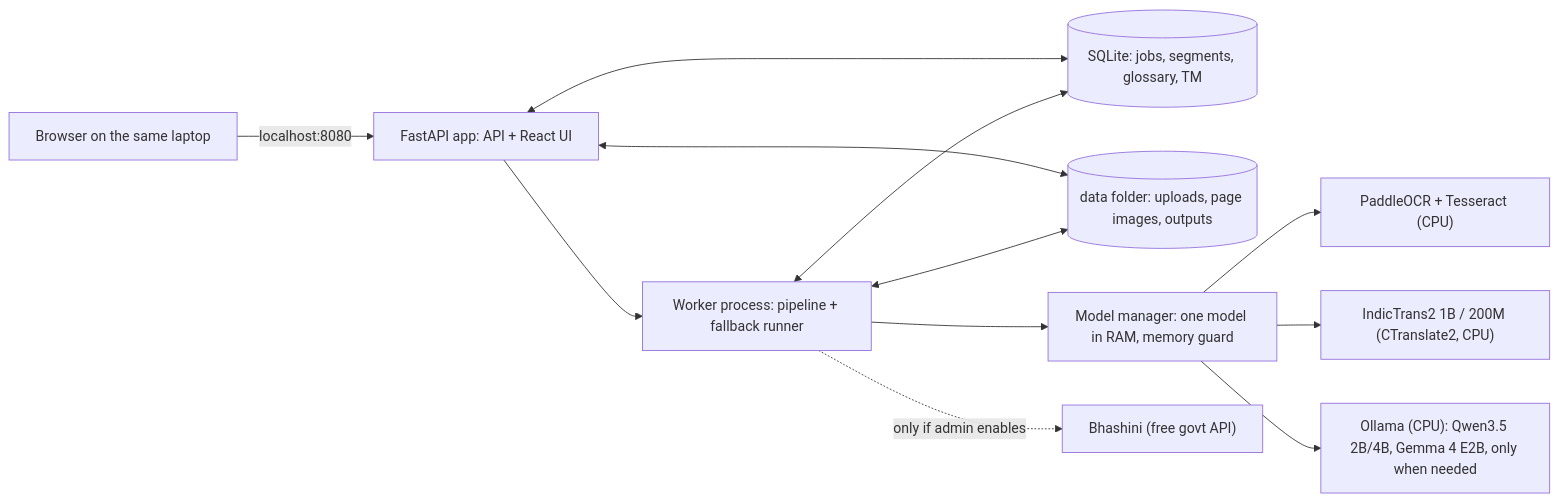
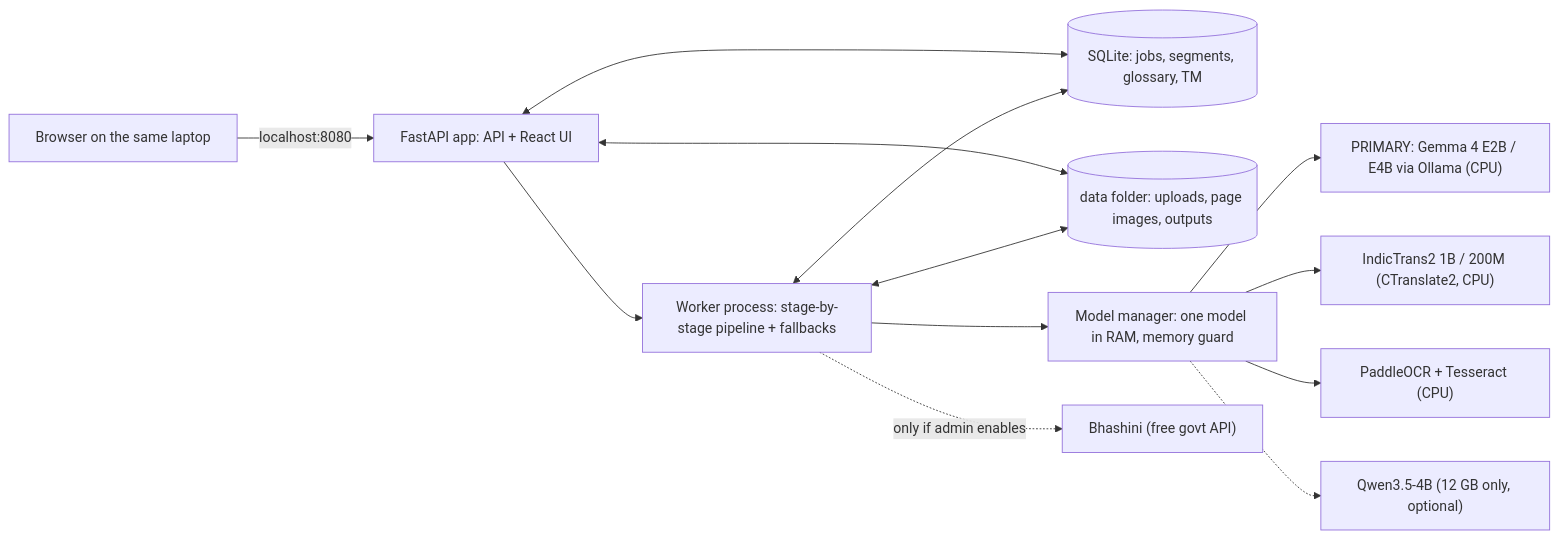
Before and after one commit to prasannad20011121/Pdf_-translater-: the first of 3 diagrams in PLAN.md, drawn with Mermaid. The commit also changed other lines of this file and 1 other file, not shown here.

First line of the commit message:
Revise plan: Gemma 4 as primary model

````diff
--- a/PLAN.md
+++ b/PLAN.md
@@ -157,14 +172,15 @@
 ```mermaid
 flowchart LR
   U["Browser on the same laptop"] -->|"localhost:8080"| A["FastAPI app: API + React UI"]
   A <--> DB[("SQLite: jobs, segments, glossary, TM")]
   A <--> FS[("data folder: uploads, page images, outputs")]
-  A --> W["Worker process: pipeline + fallback runner"]
+  A --> W["Worker process: stage-by-stage pipeline + fallbacks"]
   W <--> DB
   W <--> FS
   W --> MM["Model manager: one model in RAM, memory guard"]
+  MM --> G4["PRIMARY: Gemma 4 E2B / E4B via Ollama (CPU)"]
+  MM --> IT2["IndicTrans2 1B / 200M (CTranslate2, CPU)"]
   MM --> OCR["PaddleOCR + Tesseract (CPU)"]
-  MM --> IT2["IndicTrans2 1B / 200M (CTranslate2, CPU)"]
-  MM --> OL["Ollama (CPU): Qwen3.5 2B/4B, Gemma 4 E2B, only when needed"]
+  MM -.-> Q35["Qwen3.5-4B (12 GB only, optional)"]
   W -. "only if admin enables" .-> BH["Bhashini (free govt API)"]
 ```
````
